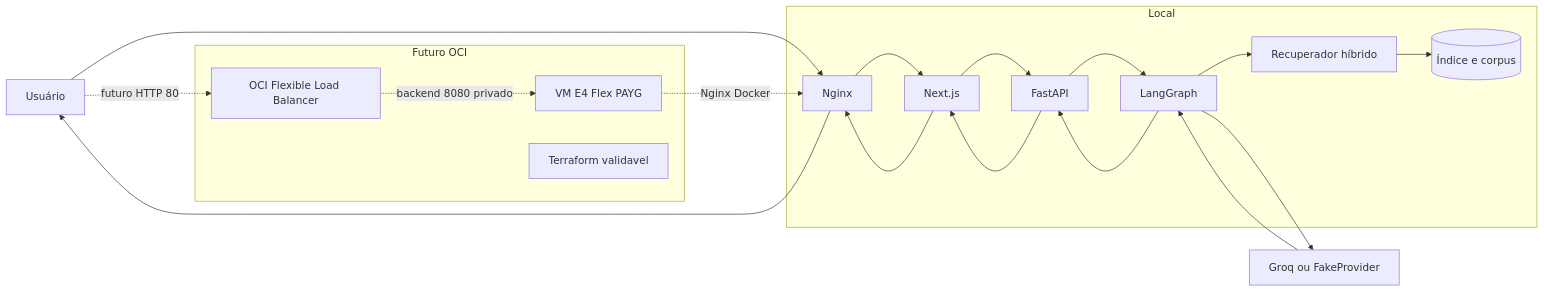
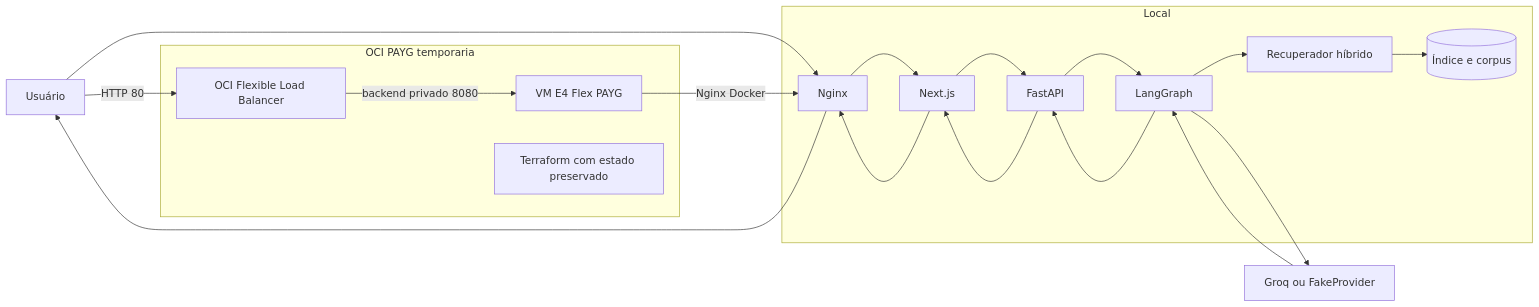
The second of 2 diagrams in README.md (brodyandre/edudocs-ai-agent-oci), drawn with Mermaid before and after one commit. The commit also changed other lines of this file and 8 other files, not shown here.

Commit message:
docs(oci): registra demonstração PAYG validada

````diff
--- a/README.md
+++ b/README.md
@@ -172,34 +173,34 @@
 ```mermaid
 flowchart LR
     U[Usuário] --> N[Nginx]
     N --> W[Next.js]
     W --> A[FastAPI]
     A --> G[LangGraph]
     G --> R[Recuperador híbrido]
     R --> C[(Índice e corpus)]
     G --> P[Groq ou FakeProvider]
     P --> G
     G --> A
     A --> W
     W --> N
     N --> U
 
     subgraph Local
       N
       W
       A
       G
       R
       C
     end
 
-    subgraph Futuro OCI
+    subgraph OCI PAYG temporaria
       LB[OCI Flexible Load Balancer]
       OCI[VM E4 Flex PAYG]
-      TF[Terraform validavel]
+      TF[Terraform com estado preservado]
     end
 
-    U -. futuro HTTP 80 .-> LB
-    LB -. backend 8080 privado .-> OCI
-    OCI -. Nginx Docker .-> N
+    U -->|HTTP 80| LB
+    LB -->|backend privado 8080| OCI
+    OCI -->|Nginx Docker| N
 ```
````
